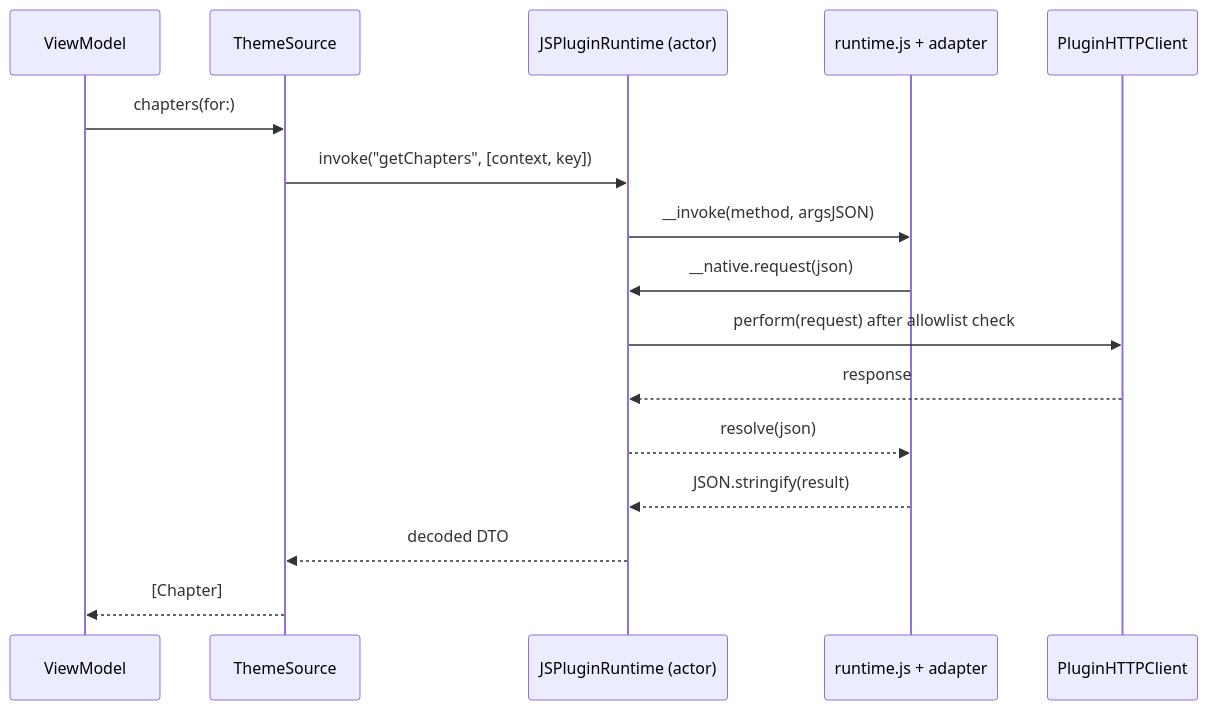
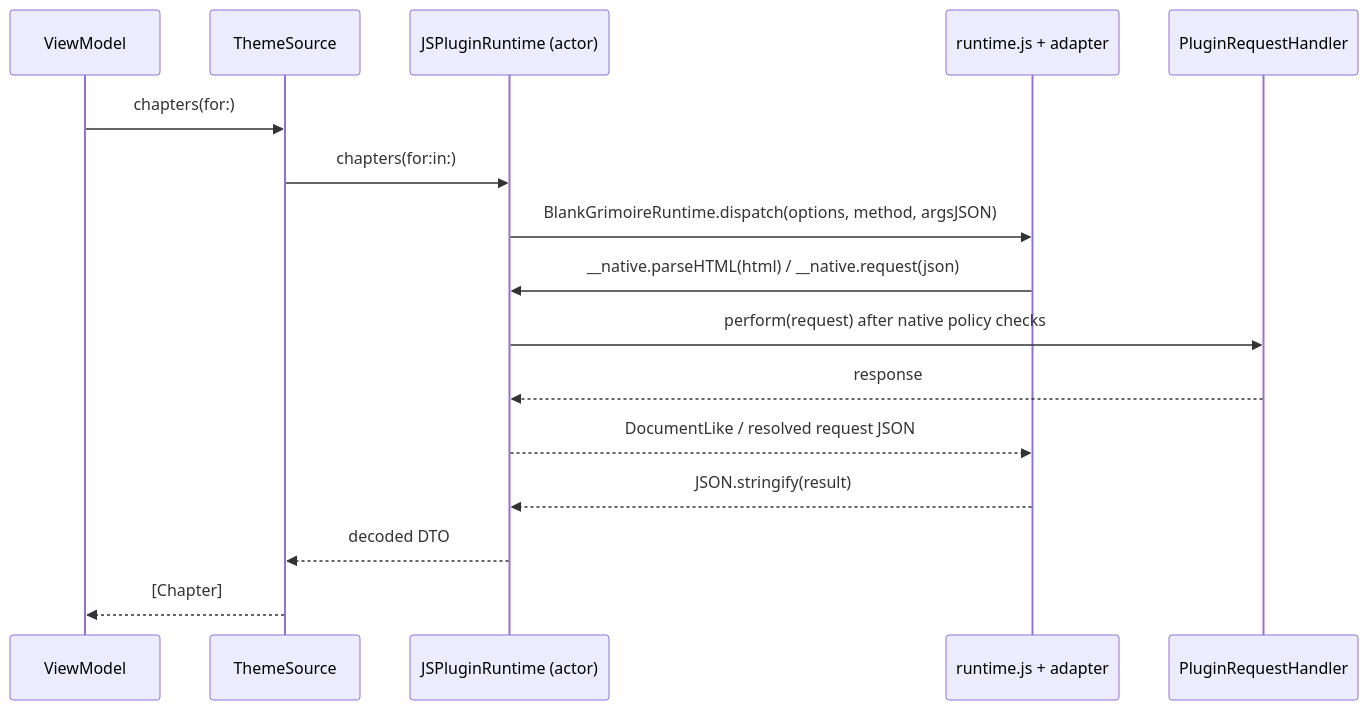
The third of 3 diagrams in docs/ARCHITECTURE.md (BlankGrimoire/BlankGrimoire-iOS), drawn with Mermaid before and after one commit. The commit also changed other lines of this file and 16 other files, not shown here.

First line of the commit message:
feat(plugin-engine): add JSPluginRuntime with DTO mapping and contract tests

````diff
--- a/docs/ARCHITECTURE.md
+++ b/docs/ARCHITECTURE.md
@@ -73,18 +73,18 @@
 ```mermaid
 sequenceDiagram
   participant VM as ViewModel
   participant TS as ThemeSource
   participant RT as JSPluginRuntime (actor)
   participant JS as runtime.js + adapter
-  participant HTTP as PluginHTTPClient
+  participant HTTP as PluginRequestHandler
   VM->>TS: chapters(for:)
-  TS->>RT: invoke("getChapters", [context, key])
-  RT->>JS: __invoke(method, argsJSON)
-  JS->>RT: __native.request(json)
-  RT->>HTTP: perform(request) after allowlist check
+  TS->>RT: chapters(for:in:)
+  RT->>JS: BlankGrimoireRuntime.dispatch(options, method, argsJSON)
+  JS->>RT: __native.parseHTML(html) / __native.request(json)
+  RT->>HTTP: perform(request) after native policy checks
   HTTP-->>RT: response
-  RT-->>JS: resolve(json)
+  RT-->>JS: DocumentLike / resolved request JSON
   JS-->>RT: JSON.stringify(result)
   RT-->>TS: decoded DTO
   TS-->>VM: [Chapter]
 ```
````
